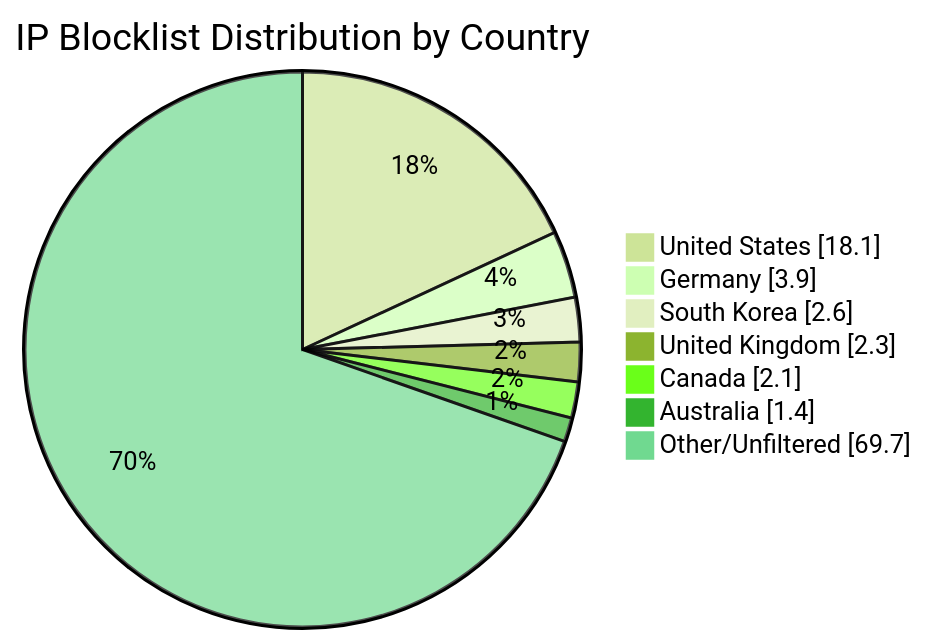
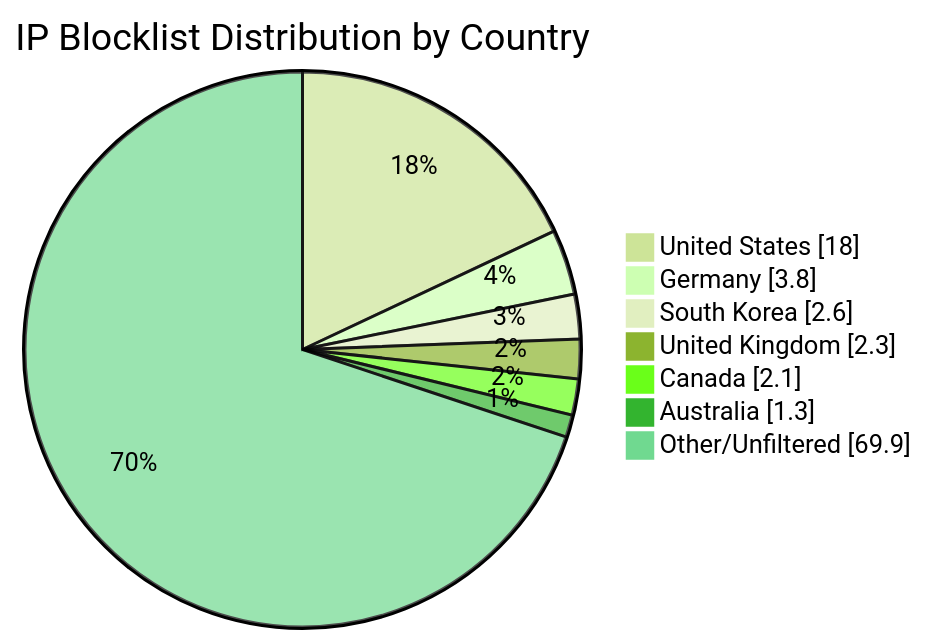
The diagram in README.md (MarcusHoltz/ipblocklist-geofiltered-aggregator), drawn with Mermaid (forest theme) before and after one commit. The commit also changed other lines of this file and 9 other files, not shown here.

````diff
--- a/README.md
+++ b/README.md
@@ -34,10 +34,10 @@
 ```mermaid
 pie showData title IP Blocklist Distribution by Country
-"United States" : 18.1
-"Germany" : 3.9
+"United States" : 18.0
+"Germany" : 3.8
 "South Korea" : 2.6
 "United Kingdom" : 2.3
 "Canada" : 2.1
-"Australia" : 1.4
-"Other/Unfiltered" : 69.7
+"Australia" : 1.3
+"Other/Unfiltered" : 69.9
 ```
````
